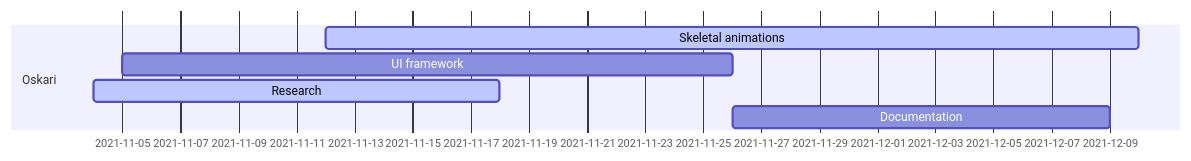
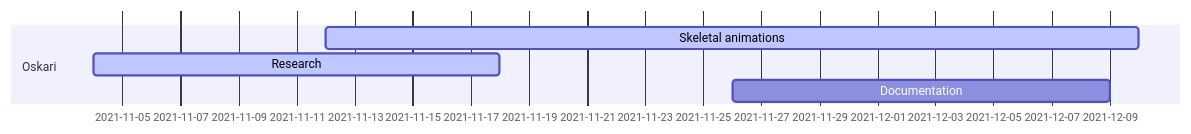
One commit to IlkkaTakala/Eril-Engine changed the seventh of 8 diagrams in docs/ProjectPlan.md. Above: the diagram before and after it, drawn with Mermaid. The commit also changed other lines of this file, not shown here.

Commit message:
Updated responsibilities, timelines

````diff
--- a/docs/ProjectPlan.md
+++ b/docs/ProjectPlan.md
@@ -123,11 +132,10 @@
 ```mermaid
 gantt
 dateFormat  DD-MM
 
 section Oskari
 Skeletal animations     :active, odes1, 12-11, 10-12
-UI framework            :        odes2, 05-11, 26-11
 Research                :active, odes3, 04-11, 18-11
 Documentation           :        odes4, 26-11, 09-12
 
 ```
````
